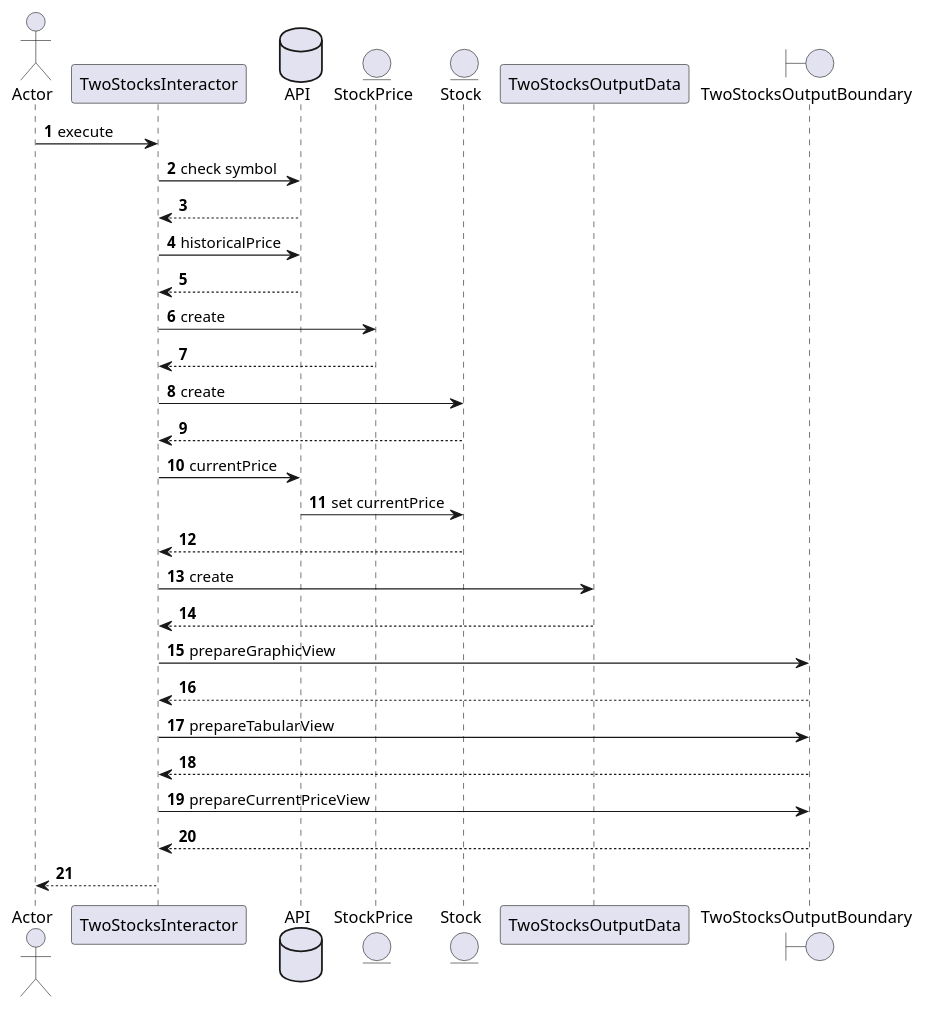
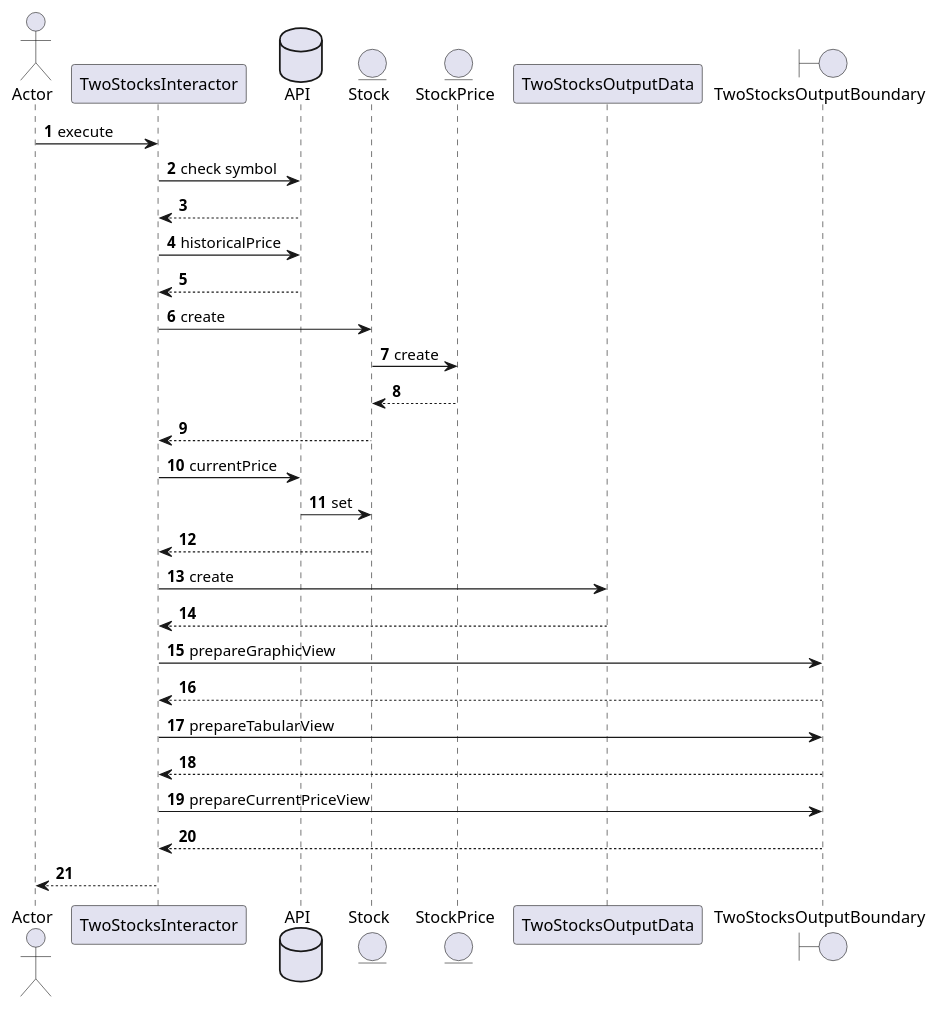
The fourth of 4 diagrams in ProjectNextSteps.puml (azyx0083/CSC207-WhatEver-46), drawn with PlantUML before and after one commit. The commit also changed other lines of this file, not shown here.

```diff
--- a/ProjectNextSteps.puml
+++ b/ProjectNextSteps.puml
@@ -95,35 +97,36 @@
 @startuml
 autonumber
 actor Actor
 participant TwoStocksInteractor
 database API
+entity Stock
 entity StockPrice
-entity Stock
 participant TwoStocksOutputData
 boundary TwoStocksOutputBoundary
 
 
 Actor -> TwoStocksInteractor : execute
 TwoStocksInteractor -> API : check symbol
 API --> TwoStocksInteractor
 TwoStocksInteractor -> API : historicalPrice
 API --> TwoStocksInteractor
-TwoStocksInteractor -> StockPrice : create
-StockPrice --> TwoStocksInteractor
-TwoStocksInteractor -> Stock: create
+TwoStocksInteractor -> Stock : create
+Stock -> StockPrice: create
+StockPrice --> Stock
+
 Stock --> TwoStocksInteractor
 TwoStocksInteractor -> API: currentPrice
-API -> Stock: set currentPrice
+API -> Stock: set
 Stock --> TwoStocksInteractor
 TwoStocksInteractor ->  TwoStocksOutputData : create
 TwoStocksOutputData --> TwoStocksInteractor
 TwoStocksInteractor -> TwoStocksOutputBoundary: prepareGraphicView
 TwoStocksOutputBoundary --> TwoStocksInteractor
 TwoStocksInteractor -> TwoStocksOutputBoundary: prepareTabularView
 TwoStocksOutputBoundary --> TwoStocksInteractor
 TwoStocksInteractor -> TwoStocksOutputBoundary: prepareCurrentPriceView
 TwoStocksOutputBoundary --> TwoStocksInteractor
 TwoStocksInteractor --> Actor
 
 
 @enduml
```
